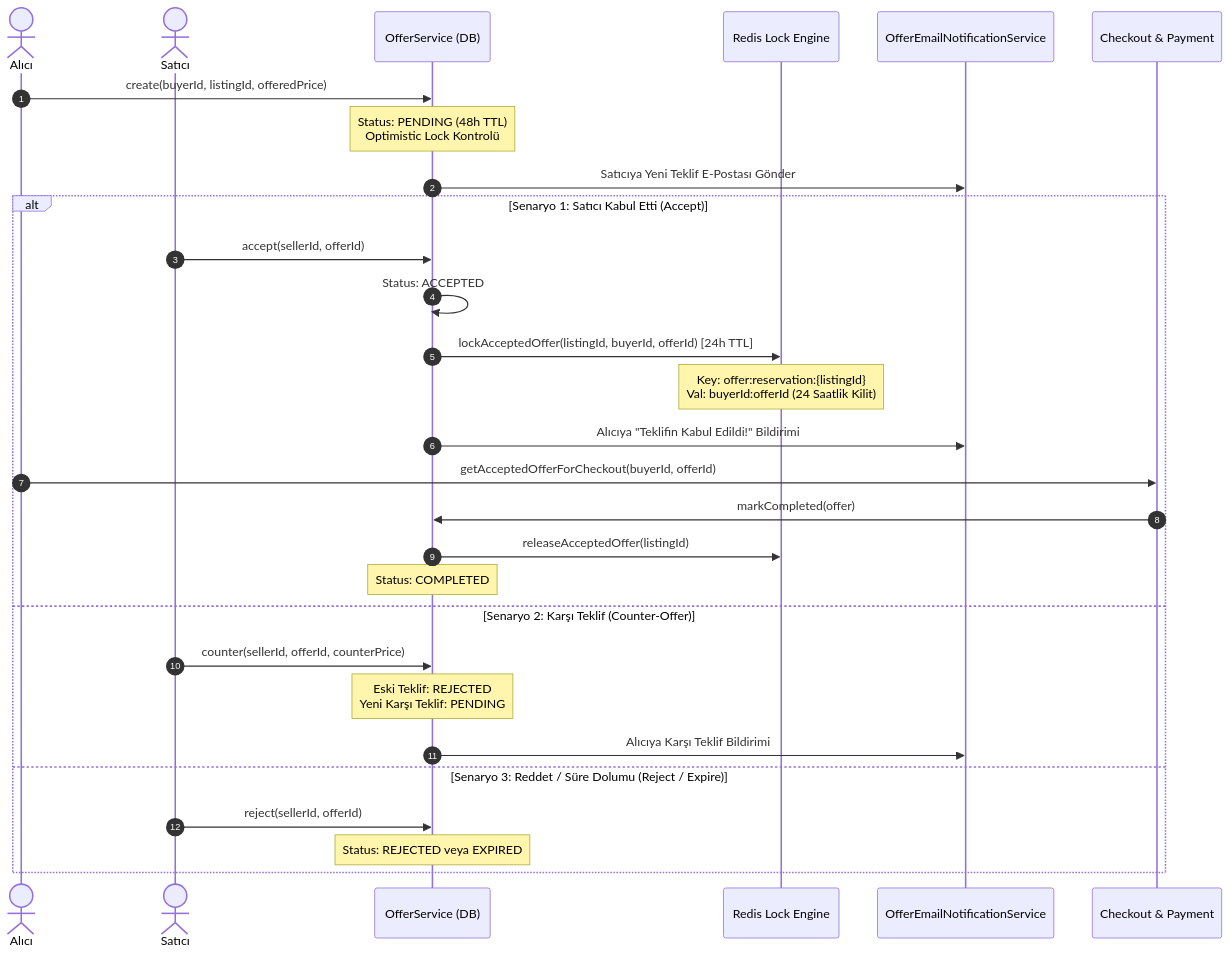
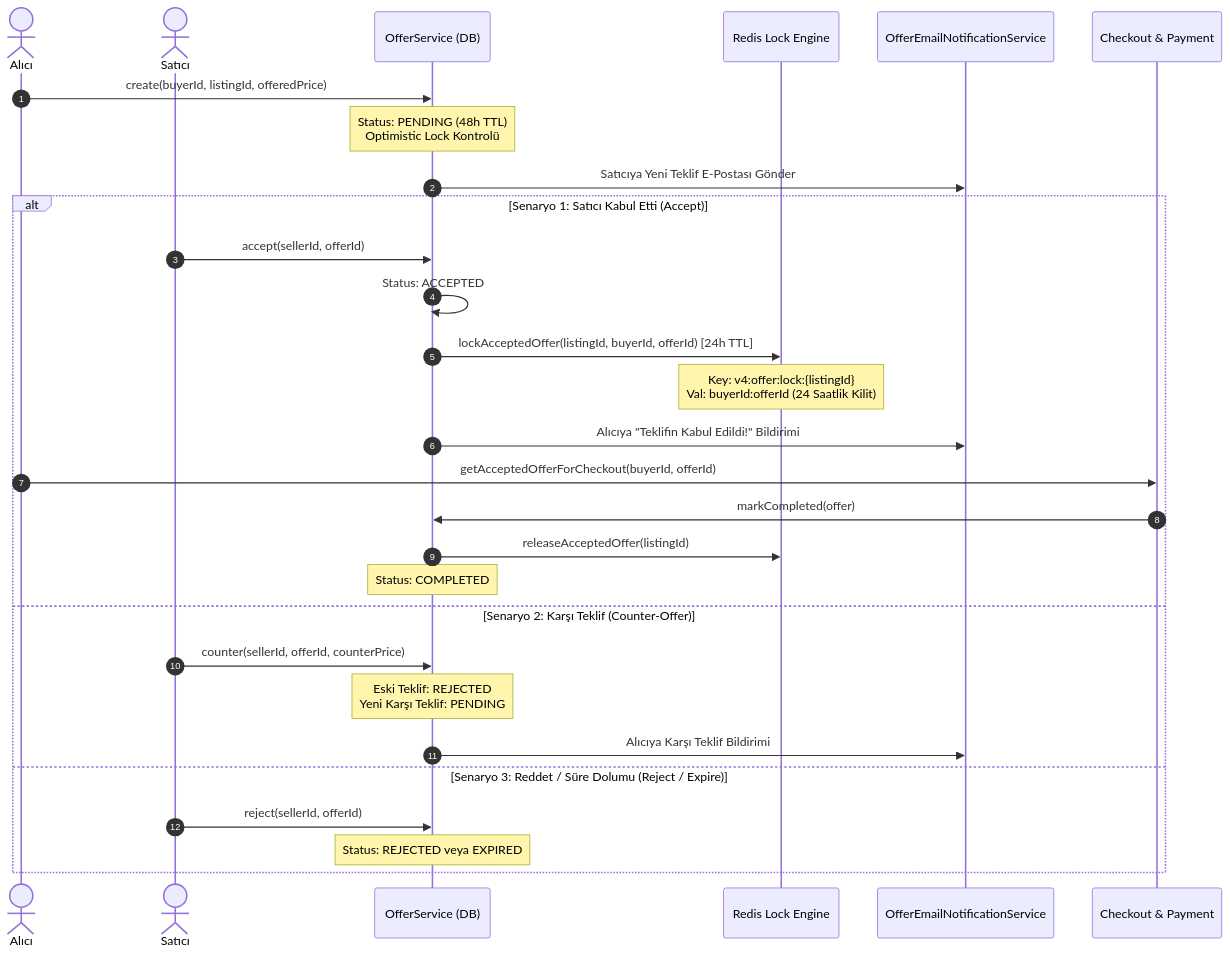
The diagram in docs/offer-system-and-concurrency-locks.md (Shyesilbas/secondHand), drawn with Mermaid before and after one commit. The commit also changed other lines of this file and 124 other files, not shown here.

Commit message:
feat: clothing rules, pricing engine improvements, and architecture doc updates

````diff
--- a/docs/offer-system-and-concurrency-locks.md
+++ b/docs/offer-system-and-concurrency-locks.md
@@ -22,34 +22,34 @@
 ```mermaid
 sequenceDiagram
     autonumber
     actor Buyer as Alıcı
     actor Seller as Satıcı
     participant OfferService as OfferService (DB)
     participant Redis as Redis Lock Engine
     participant Email as OfferEmailNotificationService
     participant Checkout as Checkout & Payment
 
     Buyer->>OfferService: create(buyerId, listingId, offeredPrice)
     Note over OfferService: Status: PENDING (48h TTL)<br/>Optimistic Lock Kontrolü
     OfferService->>Email: Satıcıya Yeni Teklif E-Postası Gönder
 
     alt Senaryo 1: Satıcı Kabul Etti (Accept)
         Seller->>OfferService: accept(sellerId, offerId)
         OfferService->>OfferService: Status: ACCEPTED
         OfferService->>Redis: lockAcceptedOffer(listingId, buyerId, offerId) [24h TTL]
-        Note over Redis: Key: offer:reservation:{listingId}<br/>Val: buyerId:offerId (24 Saatlik Kilit)
+        Note over Redis: Key: v4:offer:lock:{listingId}<br/>Val: buyerId:offerId (24 Saatlik Kilit)
         OfferService->>Email: Alıcıya "Teklifin Kabul Edildi!" Bildirimi
 
         Buyer->>Checkout: getAcceptedOfferForCheckout(buyerId, offerId)
         Checkout->>OfferService: markCompleted(offer)
         OfferService->>Redis: releaseAcceptedOffer(listingId)
         Note over OfferService: Status: COMPLETED
     else Senaryo 2: Karşı Teklif (Counter-Offer)
         Seller->>OfferService: counter(sellerId, offerId, counterPrice)
         Note over OfferService: Eski Teklif: REJECTED<br/>Yeni Karşı Teklif: PENDING
         OfferService->>Email: Alıcıya Karşı Teklif Bildirimi
     else Senaryo 3: Reddet / Süre Dolumu (Reject / Expire)
         Seller->>OfferService: reject(sellerId, offerId)
         Note over OfferService: Status: REJECTED veya EXPIRED
     end
 ```
````
